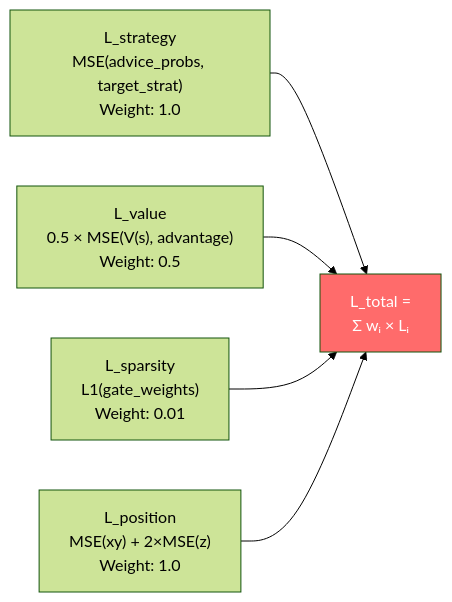
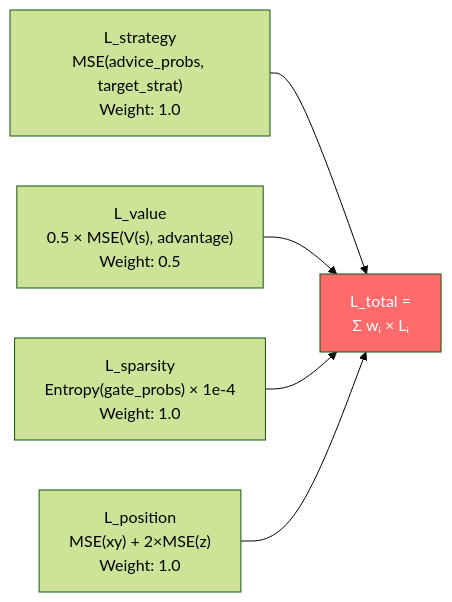
One commit to renanaugustomacena-ux/Counter-Strike-coach-AI changed the eighth of 52 diagrams in docs/books/Book-Coach-3-en.md. Above: the diagram before and after it, drawn with Mermaid (forest theme). The commit also changed other lines of this file and 36 other files, not shown here.

````diff
--- a/docs/books/Book-Coach-3-en.md
+++ b/docs/books/Book-Coach-3-en.md
@@ -575,12 +583,12 @@
 ```mermaid
 flowchart LR
     STRAT["L_strategy<br/>MSE(advice_probs, target_strat)<br/>Weight: 1.0"]
     VALUE["L_value<br/>0.5 × MSE(V(s), advantage)<br/>Weight: 0.5"]
-    SPARSE["L_sparsity<br/>L1(gate_weights)<br/>Weight: 0.01"]
+    SPARSE["L_sparsity<br/>Entropy(gate_probs) × 1e-4<br/>Weight: 1.0"]
     POS["L_position<br/>MSE(xy) + 2×MSE(z)<br/>Weight: 1.0"]
     STRAT --> TOTAL["L_total =<br/>Σ wᵢ × Lᵢ"]
     VALUE --> TOTAL
     SPARSE --> TOTAL
     POS --> TOTAL
     style TOTAL fill:#ff6b6b,color:#fff
 ```
````
